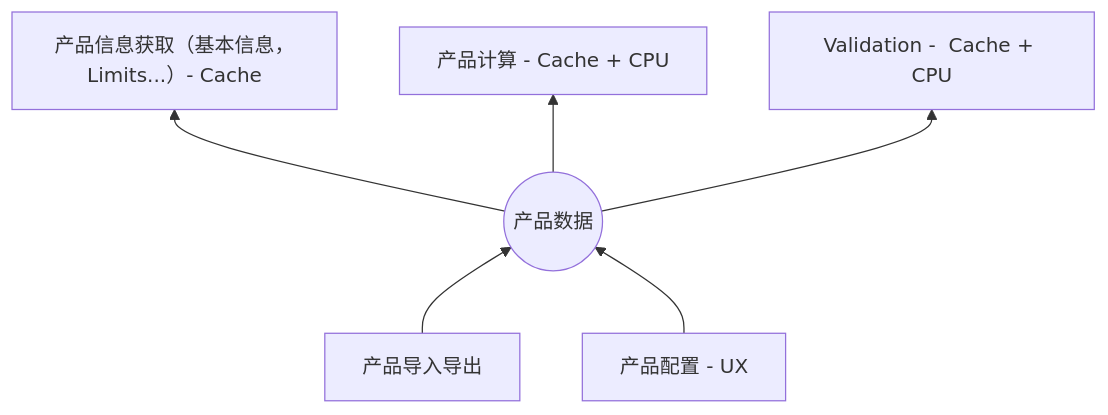
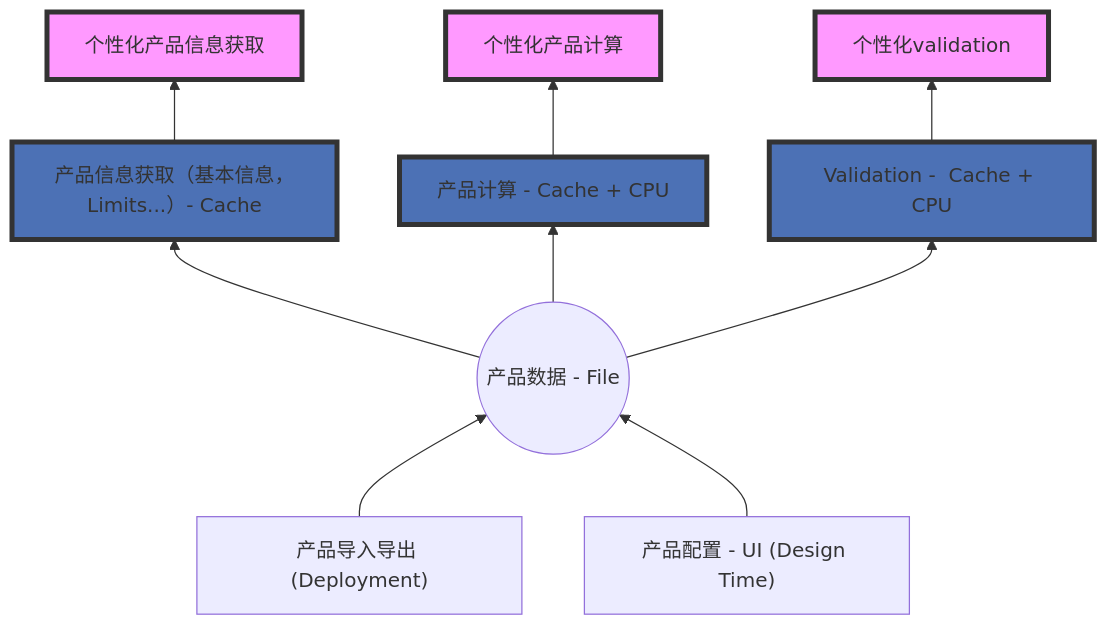
The fourth of 4 diagrams in markdown/design.md (yitchoong/cloudapi), drawn with Mermaid before and after one commit. The commit also changed other lines of this file and 3 other files, not shown here.

````diff
--- a/markdown/design.md
+++ b/markdown/design.md
@@ -72,8 +189,18 @@
-``` mermaid
-graph BT
-F["产品导入导出"] --> P((产品数据))
-E["产品配置 - UX"] --> P((产品数据))
-P((产品数据)) --> A["产品信息获取（基本信息，Limits...）- Cache"]
-P((产品数据)) --> B["产品计算 - Cache + CPU"]
-P((产品数据)) --> C["Validation -  Cache + CPU"]
-```
+  ``` mermaid
+  graph BT
+  F["产品导入导出 (Deployment)"] --> P(("产品数据 - File"))
+  E["产品配置 - UI (Design Time)"] --> P(("产品数据 - File"))
+  P(("产品数据 - File")) --> A["产品信息获取（基本信息，Limits...）- Cache"]
+  P(("产品数据 - File")) --> B["产品计算 - Cache + CPU"]
+  P(("产品数据 - File")) --> C["Validation -  Cache + CPU"]
+
+  A["产品信息获取（基本信息，Limits...）- Cache"] --> A1[个性化产品信息获取]
+  B["产品计算 - Cache + CPU"] --> B1[个性化产品计算]
+  C["Validation -  Cache + CPU"] --> C1[个性化validation]
+
+
+  classDef BFF fill:#f9f,stroke:#333,stroke-width:4px;
+  class A1,B1,C1 BFF;
+  classDef core fill:#4C71B5,stroke:#333,stroke-width:4px;
+  class A,B,C core;
+  ```
````
